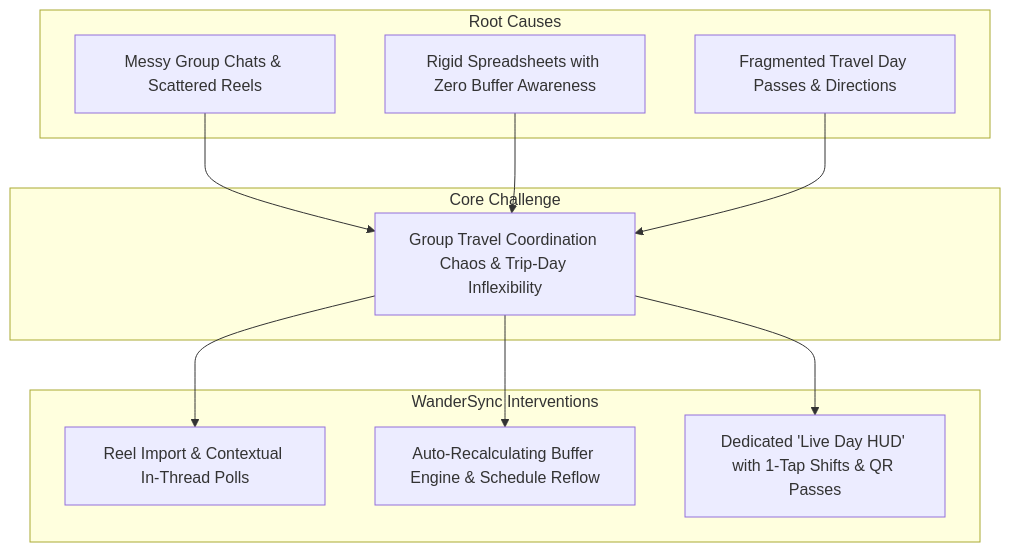
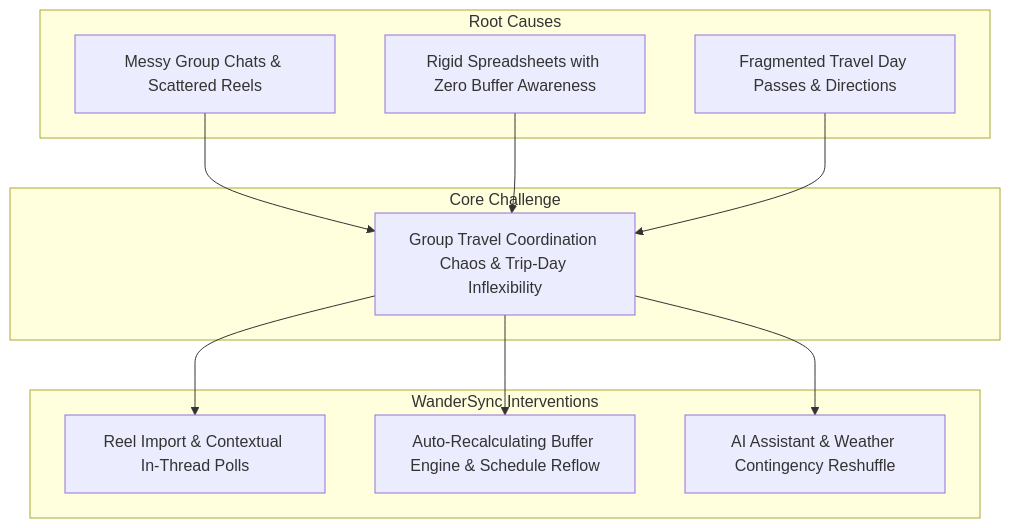
The first of 3 diagrams in README.md (Clarence000000/travel-planner), drawn with Mermaid before and after one commit. The commit also changed other lines of this file, not shown here.

````diff
--- a/README.md
+++ b/README.md
@@ -46,25 +45,25 @@
 ```mermaid
 graph TD
     subgraph Causes["Root Causes"]
         RC1["Messy Group Chats & Scattered Reels"]
         RC2["Rigid Spreadsheets with Zero Buffer Awareness"]
         RC3["Fragmented Travel Day Passes & Directions"]
     end
 
     subgraph Problem["Core Challenge"]
         CP["Group Travel Coordination Chaos & Trip-Day Inflexibility"]
     end
 
     subgraph Solutions["WanderSync Interventions"]
         S1["Reel Import & Contextual In-Thread Polls"]
         S2["Auto-Recalculating Buffer Engine & Schedule Reflow"]
-        S3["Dedicated 'Live Day HUD' with 1-Tap Shifts & QR Passes"]
+        S3["AI Assistant & Weather Contingency Reshuffle"]
     end
 
     RC1 --> CP
     RC2 --> CP
     RC3 --> CP
     CP --> S1
     CP --> S2
     CP --> S3
 ```
````
